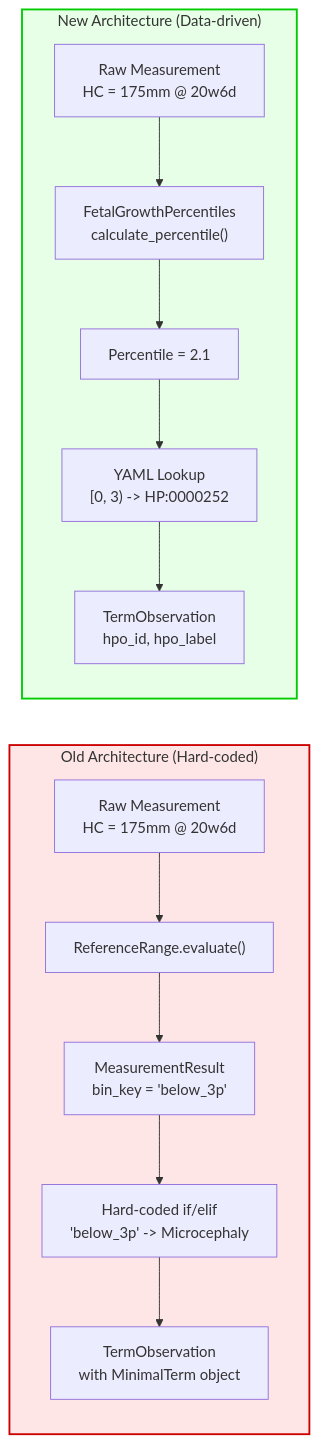
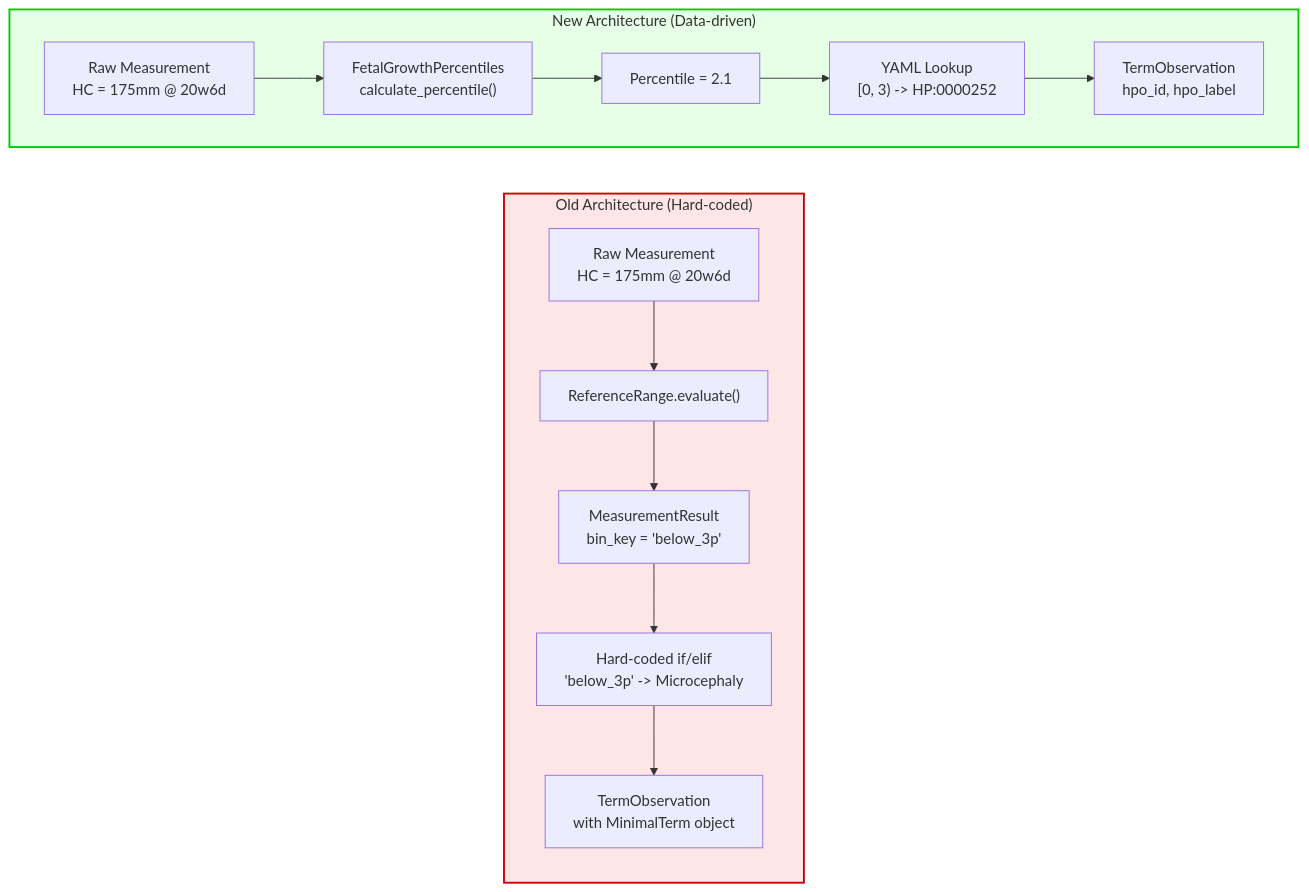
Diagram 11 of 14 in README.md (P2GX/prenatalppkt), drawn with Mermaid before and after one commit. The commit also changed other lines of this file, not shown here.

````diff
--- a/README.md
+++ b/README.md
@@ -1917,35 +1883,35 @@
 ```mermaid
 flowchart LR
 subgraph Old["Old Architecture (Hard-coded)"]
   direction TB
   O1["Raw Measurement
   HC = 175mm @ 20w6d"]
   O2["ReferenceRange.evaluate()"]
   O3["MeasurementResult
   bin_key = 'below_3p'"]
   O4["Hard-coded if/elif
   'below_3p' -> Microcephaly"]
   O5["TermObservation
   with MinimalTerm object"]
  
   O1 --> O2 --> O3 --> O4 --> O5
 end
 
 subgraph New["New Architecture (Data-driven)"]
-  direction TB
+  direction LR
   N1["Raw Measurement
   HC = 175mm @ 20w6d"]
   N2["FetalGrowthPercentiles
   calculate_percentile()"]
   N3["Percentile = 2.1"]
   N4["YAML Lookup
   [0, 3) -> HP:0000252"]
   N5["TermObservation
   hpo_id, hpo_label"]
  
   N1 --> N2 --> N3 --> N4 --> N5
 end
 
 style Old fill:#ffe6e6,stroke:#cc0000,stroke-width:2px
 style New fill:#e6ffe6,stroke:#00cc00,stroke-width:2px
 ```
````
